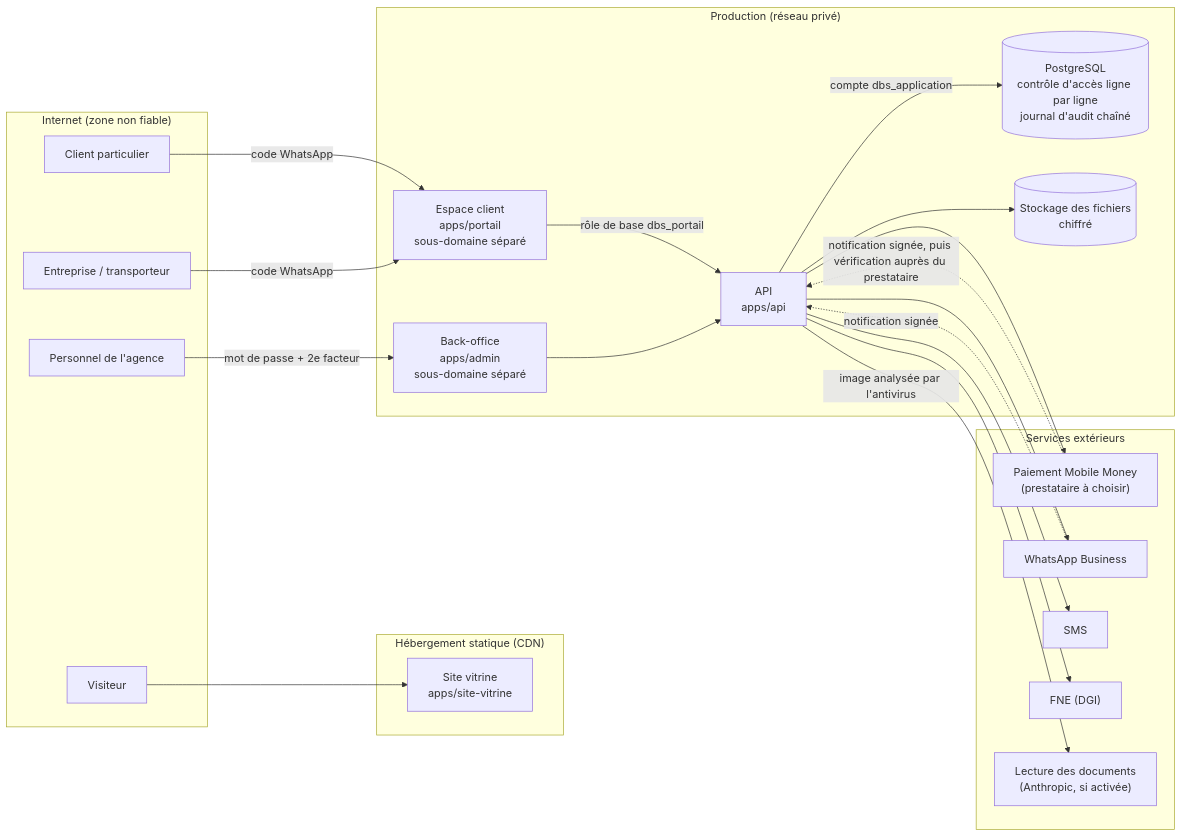
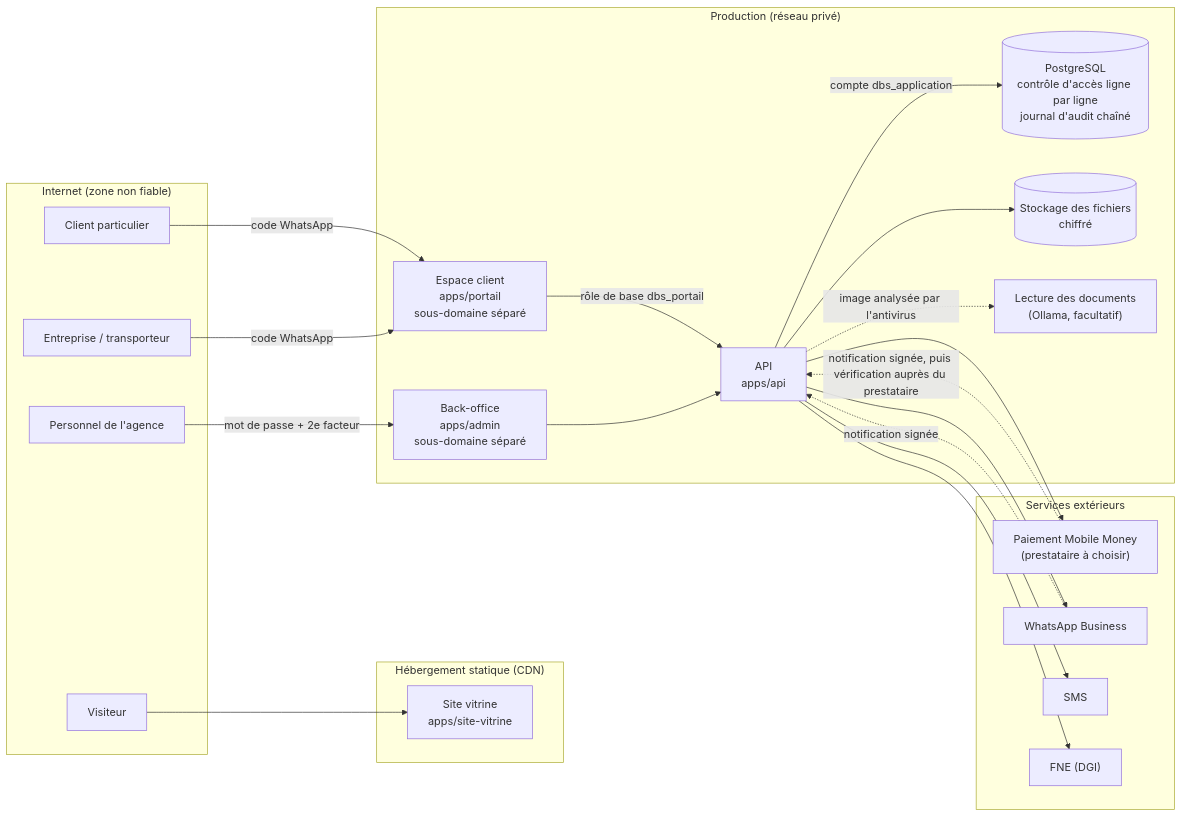
Before and after one commit to doumby87-stack/DBS-ASSURANCES: the diagram in docs/architecture/vue-d-ensemble.md, drawn with Mermaid. The commit also changed 5 other files, not shown here.

````diff
--- a/docs/architecture/vue-d-ensemble.md
+++ b/docs/architecture/vue-d-ensemble.md
@@ -5,45 +5,45 @@
 ```mermaid
 flowchart LR
   subgraph Internet["Internet (zone non fiable)"]
     V["Visiteur"]
     C["Client particulier"]
     G["Entreprise / transporteur"]
     P["Personnel de l'agence"]
   end
 
   subgraph Statique["Hébergement statique (CDN)"]
     SV["Site vitrine<br/>apps/site-vitrine"]
   end
 
   subgraph Prod["Production (réseau privé)"]
     PO["Espace client<br/>apps/portail<br/>sous-domaine séparé"]
     BO["Back-office<br/>apps/admin<br/>sous-domaine séparé"]
     API["API<br/>apps/api"]
     DB[("PostgreSQL<br/>contrôle d'accès ligne par ligne<br/>journal d'audit chaîné")]
     F[("Stockage des fichiers<br/>chiffré")]
+    IA["Lecture des documents<br/>(Ollama, facultatif)"]
   end
 
   subgraph Tiers["Services extérieurs"]
     PAY["Paiement Mobile Money<br/>(prestataire à choisir)"]
     WA["WhatsApp Business"]
     SMS["SMS"]
     FNE["FNE (DGI)"]
-    IA["Lecture des documents<br/>(Anthropic, si activée)"]
   end
 
   V --> SV
   C -->|"code WhatsApp"| PO
   G -->|"code WhatsApp"| PO
   P -->|"mot de passe + 2e facteur"| BO
   PO -->|"rôle de base dbs_portail"| API
   BO --> API
   API -->|"compte dbs_application"| DB
   API --> F
   API --> PAY
   API --> WA
   API --> SMS
   API --> FNE
-  API -->|"image analysée par l'antivirus"| IA
+  API -.->|"image analysée par l'antivirus"| IA
   PAY -.->|"notification signée, puis vérification auprès du prestataire"| API
   WA -.->|"notification signée"| API
 ```
````
